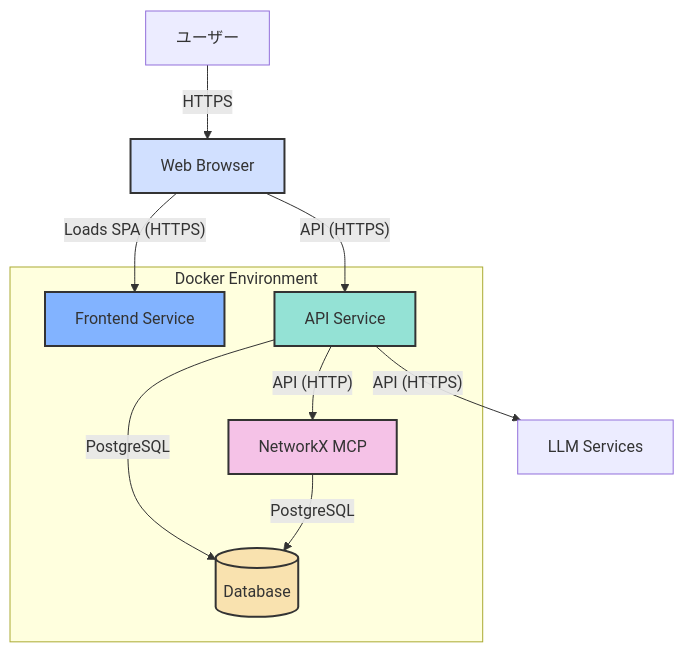
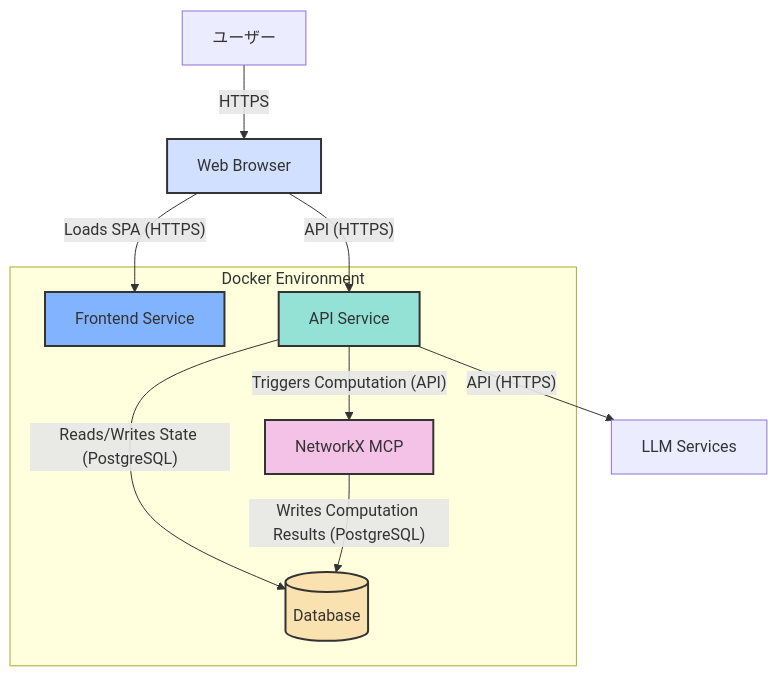
Before and after one commit to vdslab/LLMGraphvis: the second of 2 diagrams in specification/Architecture.md, drawn with Mermaid.

Commit message:
docs: コンテナ図の矢印ラベルを更新
`specification/Architecture.md`に記載されているコンテナ図の矢印のラベルを、実際の処理フローに合わせてより具体的に修正しました。

- API ServiceとDatabase間のやり取りを「状態の読み書き」として明記
- NetworkXMCPからDatabaseへの書き込みを「計算結果の書き込み」として明記
- API ServiceからNetworkXMCPへの呼び出しを「計算のトリガー」として明記

これにより、各コンポーネントの責務が図からより明確に読み取れるようになり、ドキュメント全体の整合性が向上しました。

````diff
--- a/specification/Architecture.md
+++ b/specification/Architecture.md
@@ -34,25 +34,25 @@
 ```mermaid
 graph TD
     U[ユーザー] -- "HTTPS" --> WB[Web Browser]
 
     subgraph "Docker Environment"
         FS[Frontend Service]
         B[API Service]
         N[NetworkX MCP]
         DB[(Database)]
     end
 
     WB -- "Loads SPA (HTTPS)" --> FS
     WB -- "API (HTTPS)" --> B
 
-    B -- "API (HTTP)" --> N
-    B -- "PostgreSQL" --> DB
-    N -- "PostgreSQL" --> DB
+    B -- "Triggers Computation (API)" --> N
+    B -- "Reads/Writes State (PostgreSQL)" --> DB
+    N -- "Writes Computation Results (PostgreSQL)" --> DB
     B -- "API (HTTPS)" --> LLM[LLM Services]
 
     style WB fill:#d1e0ff,stroke:#333,stroke-width:2px
     style FS fill:#82b3ff,stroke:#333,stroke-width:2px
     style B fill:#94e2d5,stroke:#333,stroke-width:2px
     style N fill:#f5c2e7,stroke:#333,stroke-width:2px
     style DB fill:#f9e2af,stroke:#333,stroke-width:2px
 ```
````
